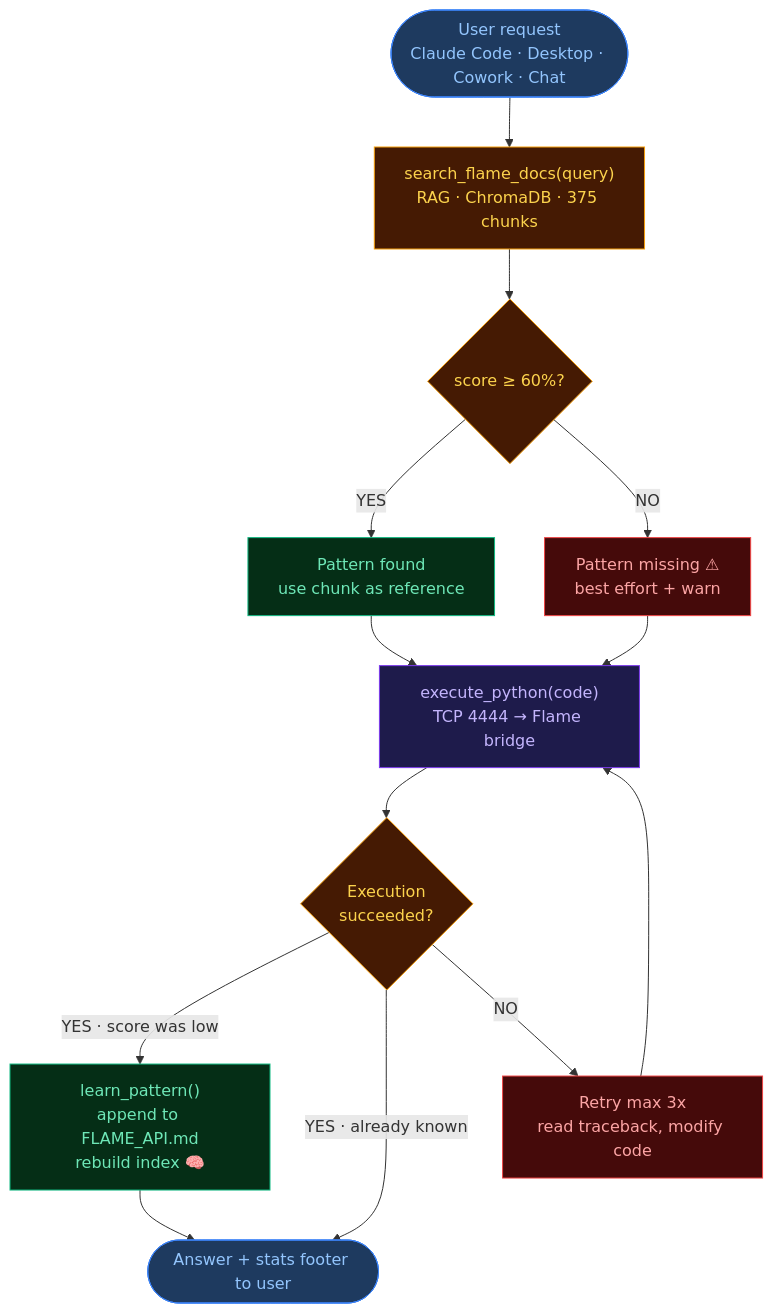
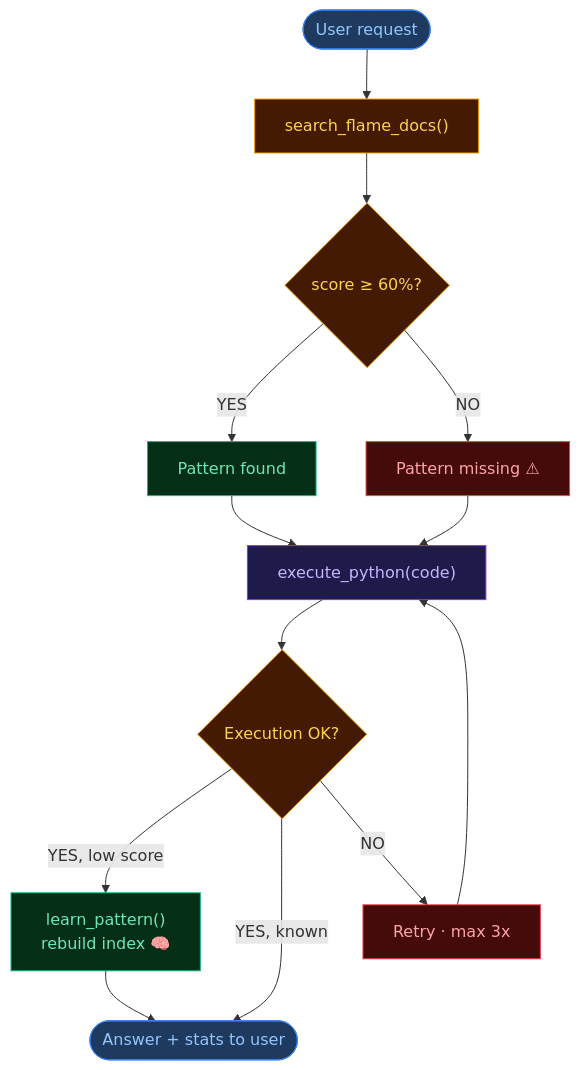
The diagram in docs/ARCHITECTURE.md (abrahamADSK/flame-mcp), drawn with Mermaid before and after one commit.

Commit message:
fix(docs): shorten Mermaid node labels to prevent clipping on GitHub
Removed long subtitle lines from all nodes. GitHub's Mermaid renderer
clips text that exceeds the node's auto-computed width. Single-line
labels guarantee correct rendering across all themes and zoom levels.

````diff
--- a/docs/ARCHITECTURE.md
+++ b/docs/ARCHITECTURE.md
@@ -24,37 +24,37 @@
 ```mermaid
 flowchart TD
-    A(["User request<br/>Claude Code · Desktop · Cowork · Chat"])
-    B["search_flame_docs(query)<br/>RAG · ChromaDB · 375 chunks"]
+    A(["User request"])
+    B["search_flame_docs()"]
     C{"score ≥ 60%?"}
-    D["Pattern found<br/>use chunk as reference"]
-    E["Pattern missing ⚠<br/>best effort + warn"]
-    F["execute_python(code)<br/>TCP 4444 → Flame bridge"]
-    G{"Execution<br/>succeeded?"}
-    H["learn_pattern()<br/>append to FLAME_API.md<br/>rebuild index 🧠"]
-    I["Retry max 3x<br/>read traceback, modify code"]
-    J(["Answer + stats footer to user"])
+    D["Pattern found"]
+    E["Pattern missing ⚠"]
+    F["execute_python(code)"]
+    G{"Execution OK?"}
+    H["learn_pattern()<br/>rebuild index 🧠"]
+    I["Retry · max 3x"]
+    J(["Answer + stats to user"])
 
     A --> B
     B --> C
     C -->|YES| D
     C -->|NO| E
     D --> F
     E --> F
     F --> G
-    G -->|YES · score was low| H
-    G -->|YES · already known| J
+    G -->|YES, low score| H
+    G -->|YES, known| J
     G -->|NO| I
     H --> J
     I --> F
 
     style A fill:#1e3a5f,color:#93c5fd,stroke:#3b82f6
     style B fill:#451a03,color:#fcd34d,stroke:#f59e0b
     style C fill:#451a03,color:#fcd34d,stroke:#f59e0b
     style D fill:#052e16,color:#6ee7b7,stroke:#10b981
     style E fill:#450a0a,color:#fca5a5,stroke:#ef4444
     style F fill:#1e1b4b,color:#c4b5fd,stroke:#7c3aed
     style G fill:#451a03,color:#fcd34d,stroke:#f59e0b
     style H fill:#052e16,color:#6ee7b7,stroke:#10b981
     style I fill:#450a0a,color:#fca5a5,stroke:#ef4444
     style J fill:#1e3a5f,color:#93c5fd,stroke:#3b82f6
 ```
````
